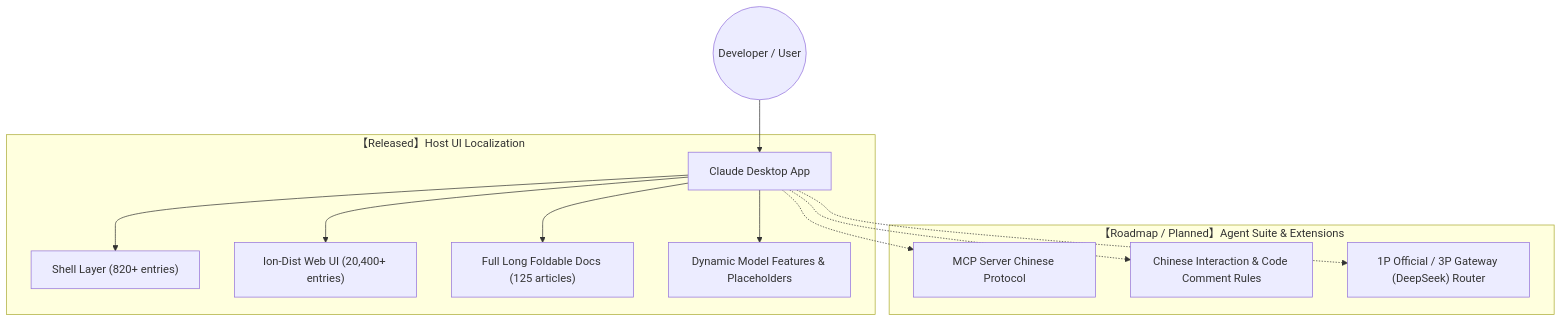
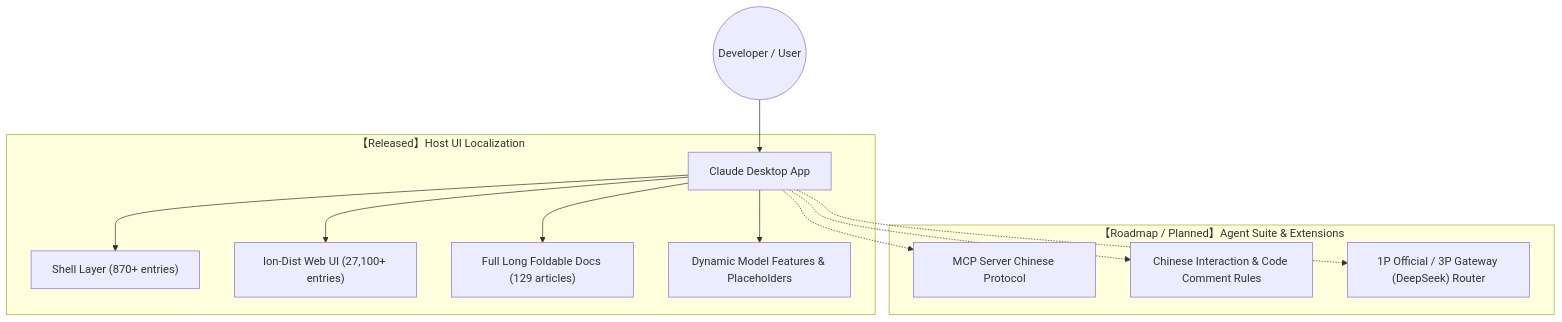
One commit to yiheng8023/claude-chinese changed the first of 2 diagrams in README.en.md. Above: the diagram before and after it, drawn with Mermaid. The commit also changed other lines of this file and 8 other files, not shown here.

Commit message:
feat(v1.2.67): full localization & topology adaptation for Claude Desktop v2.9939.2.0 (28,000+ entries)

````diff
--- a/README.en.md
+++ b/README.en.md
@@ -39,17 +39,17 @@
 ```mermaid
 graph TD
     User((Developer / User)) --> ClaudeApp[Claude Desktop App]
     
     subgraph Mode1 ["【Released】Host UI Localization"]
-        ClaudeApp --> ShellLayer["Shell Layer (820+ entries)"]
-        ClaudeApp --> WebUILayer["Ion-Dist Web UI (20,400+ entries)"]
-        ClaudeApp --> LongDocsLayer["Full Long Foldable Docs (125 articles)"]
+        ClaudeApp --> ShellLayer["Shell Layer (870+ entries)"]
+        ClaudeApp --> WebUILayer["Ion-Dist Web UI (27,100+ entries)"]
+        ClaudeApp --> LongDocsLayer["Full Long Foldable Docs (129 articles)"]
         ClaudeApp --> DynamicLayer["Dynamic Model Features & Placeholders"]
     end
     
     subgraph Mode2 ["【Roadmap / Planned】Agent Suite & Extensions"]
         ClaudeApp -.-> MCP["MCP Server Chinese Protocol"]
         ClaudeApp -.-> Rules["Chinese Interaction & Code Comment Rules"]
         ClaudeApp -.-> Switcher["1P Official / 3P Gateway (DeepSeek) Router"]
     end
 ```
````
